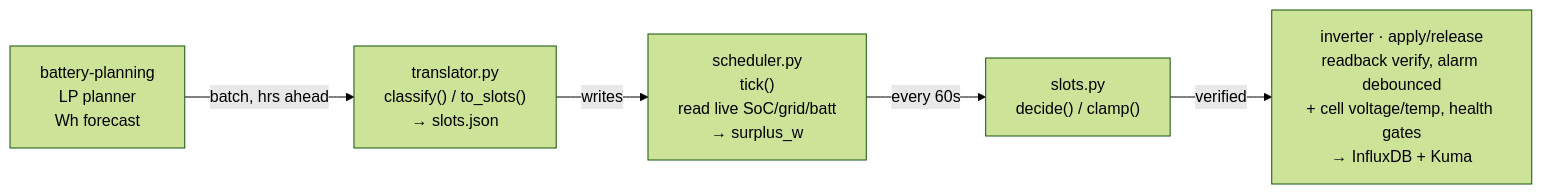
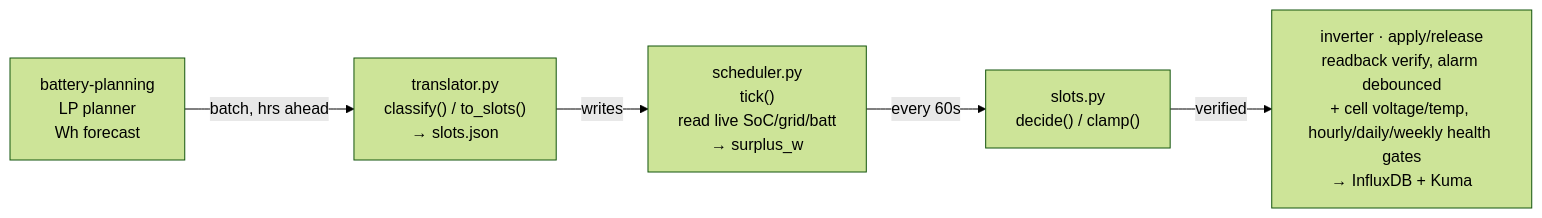
The first of 3 diagrams in docs/DISPATCH-FLOW.md (sandeepthukral/alphaess-collector), drawn with Mermaid (forest theme) before and after one commit. The commit also changed other lines of this file and 10 other files, not shown here.

First line of the commit message:
Ship the daily health tier, on addresses the inverter confirmed

````diff
--- a/docs/DISPATCH-FLOW.md
+++ b/docs/DISPATCH-FLOW.md
@@ -10,7 +10,7 @@
 ```mermaid
 flowchart LR
     P["battery-planning<br/>LP planner<br/>Wh forecast"] -->|batch, hrs ahead| T
     T["translator.py<br/>classify() / to_slots()<br/>→ slots.json"] -->|writes| S
     S["scheduler.py<br/>tick()<br/>read live SoC/grid/batt<br/>→ surplus_w"] -->|every 60s| D
-    D["slots.py<br/>decide() / clamp()"] -->|verified| I["inverter · apply/release<br/>readback verify, alarm debounced<br/>+ cell voltage/temp, health gates<br/>→ InfluxDB + Kuma"]
+    D["slots.py<br/>decide() / clamp()"] -->|verified| I["inverter · apply/release<br/>readback verify, alarm debounced<br/>+ cell voltage/temp, hourly/daily/weekly health gates<br/>→ InfluxDB + Kuma"]
 ```
````
